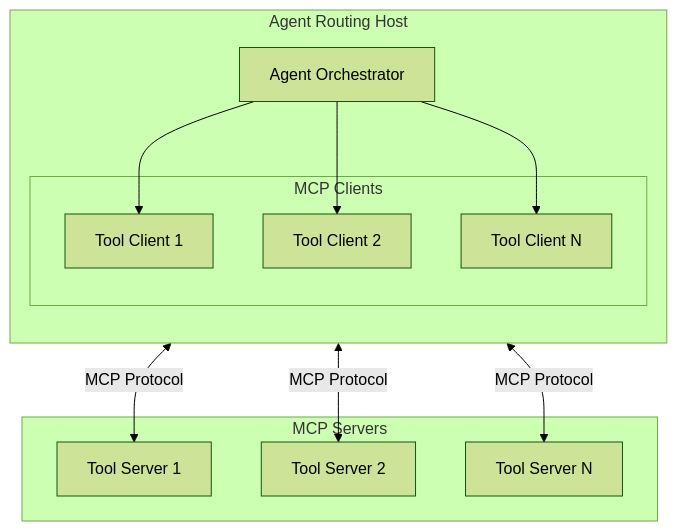
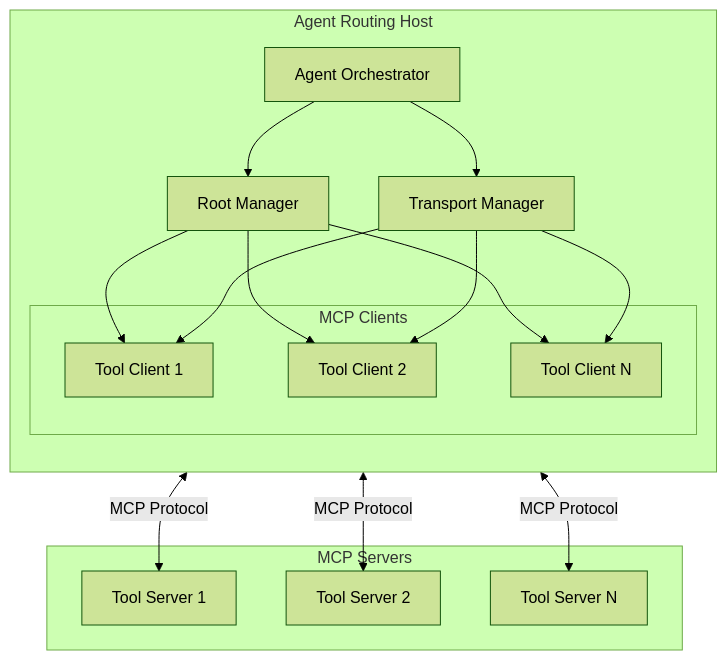
Before and after one commit to Aurite-ai/aurite-agents: the first of 3 diagrams in docs/mcp_architecture.md, drawn with Mermaid (forest theme). The commit also changed other lines of this file and 12 other files, not shown here.

````diff
--- a/docs/mcp_architecture.md
+++ b/docs/mcp_architecture.md
@@ -7,25 +7,32 @@
 ```mermaid
 flowchart TB
     subgraph "Agent Routing Host"
         direction TB
         AO[Agent Orchestrator]
+        RM[Root Manager]
+        TM[Transport Manager]
         subgraph "MCP Clients"
             C1[Tool Client 1]
             C2[Tool Client 2]
             C3[Tool Client N]
         end
-        AO --> C1
-        AO --> C2
-        AO --> C3
+        AO --> RM
+        AO --> TM
+        RM --> C1
+        RM --> C2
+        RM --> C3
+        TM --> C1
+        TM --> C2
+        TM --> C3
     end
 
     subgraph "MCP Servers"
         S1[Tool Server 1]
         S2[Tool Server 2]
         S3[Tool Server N]
     end
 
     C1 <-->|MCP Protocol| S1
     C2 <-->|MCP Protocol| S2
     C3 <-->|MCP Protocol| S3
 ```
````
